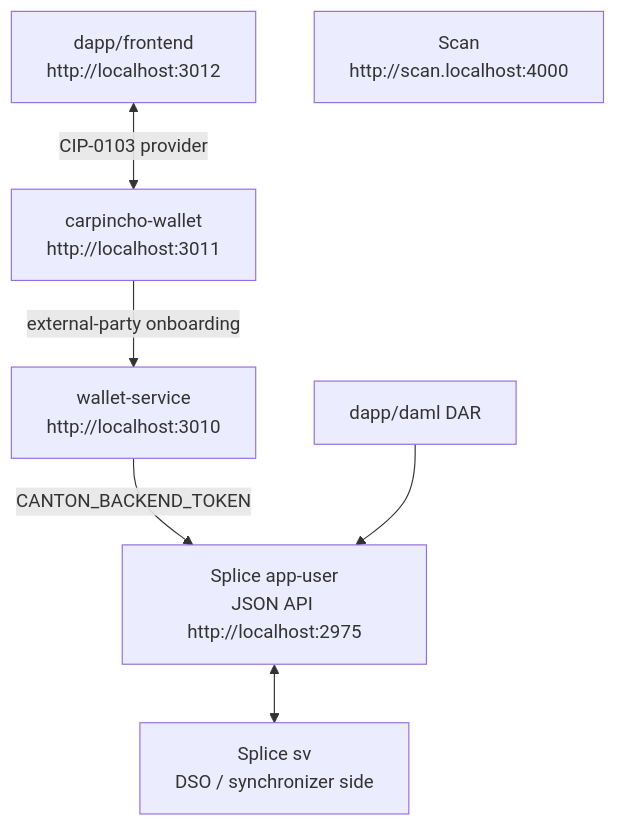
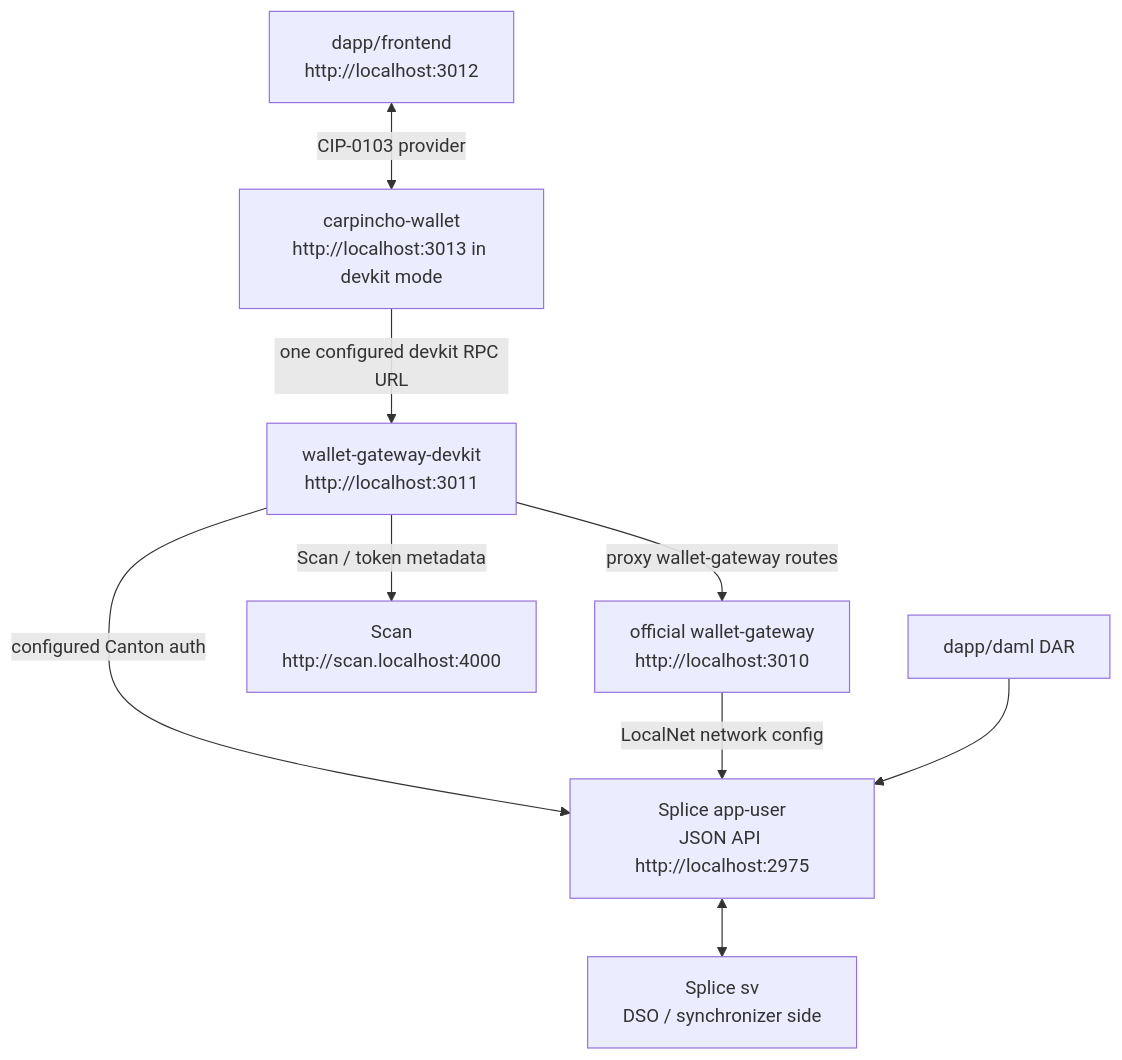
The diagram in architecture.md (BootNodeDev/cn-dappbooster), drawn with Mermaid before and after one commit. The commit also changed other lines of this file and 10 other files, not shown here.

Commit message:
docs: document wallet gateway devkit architecture

````diff
--- a/architecture.md
+++ b/architecture.md
@@ -16,16 +17,20 @@
 ```mermaid
 flowchart TD
   fe["dapp/frontend<br/>http://localhost:3012"]
-  wallet["carpincho-wallet<br/>http://localhost:3011"]
-  ws["wallet-service<br/>http://localhost:3010"]
+  wallet["carpincho-wallet<br/>http://localhost:3013 in devkit mode"]
+  devkit["wallet-gateway-devkit<br/>http://localhost:3011"]
+  wg["official wallet-gateway<br/>http://localhost:3010"]
   au["Splice app-user<br/>JSON API http://localhost:2975"]
   sv["Splice sv<br/>DSO / synchronizer side"]
   scan["Scan<br/>http://scan.localhost:4000"]
   dar["dapp/daml DAR"]
 
   fe <-->|"CIP-0103 provider"| wallet
-  wallet -->|"external-party onboarding"| ws
-  ws -->|"CANTON_BACKEND_TOKEN"| au
+  wallet -->|"one configured devkit RPC URL"| devkit
+  devkit -->|"proxy wallet-gateway routes"| wg
+  devkit -->|"configured Canton auth"| au
+  devkit -->|"Scan / token metadata"| scan
+  wg -->|"LocalNet network config"| au
   au <--> sv
   dar --> au
 ```
````
